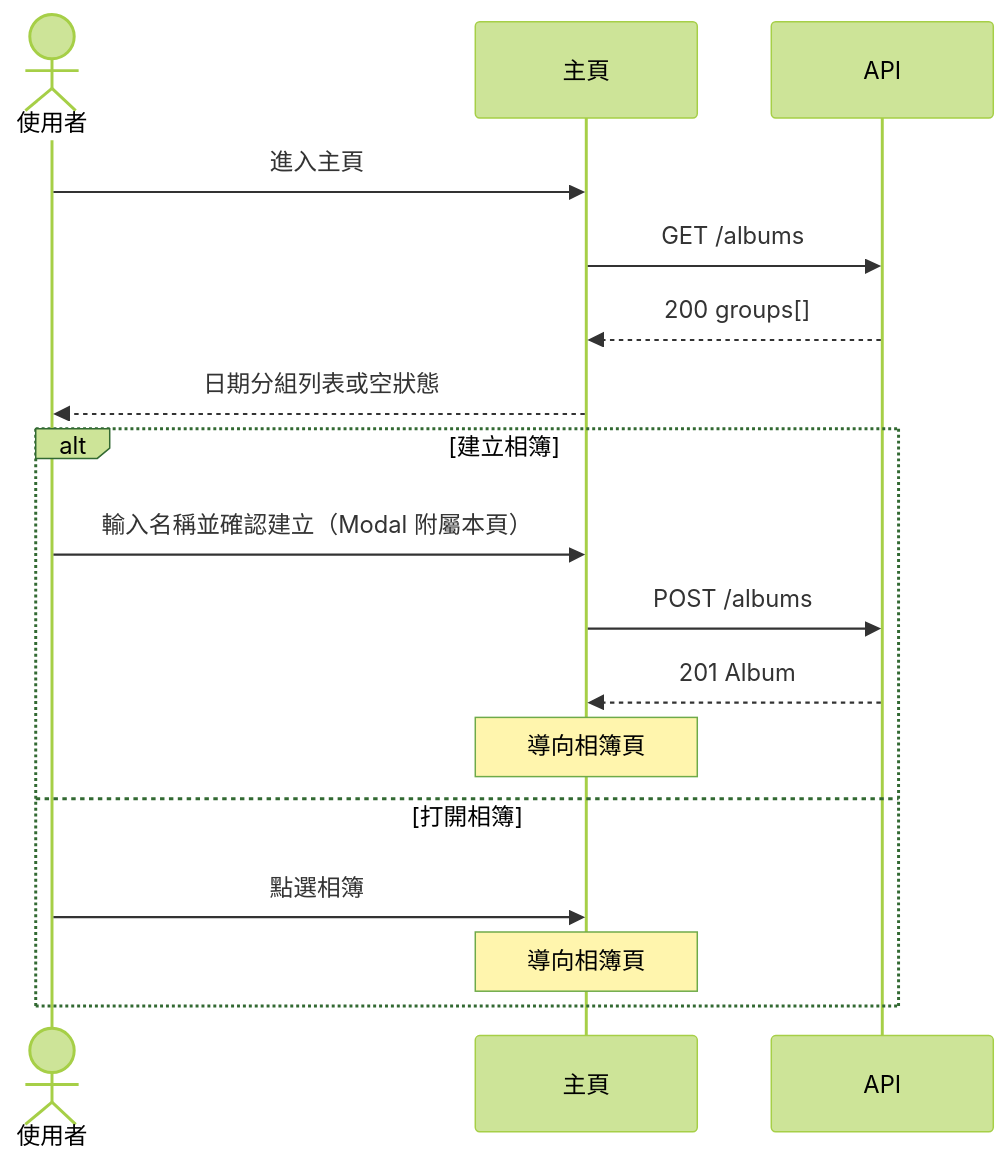
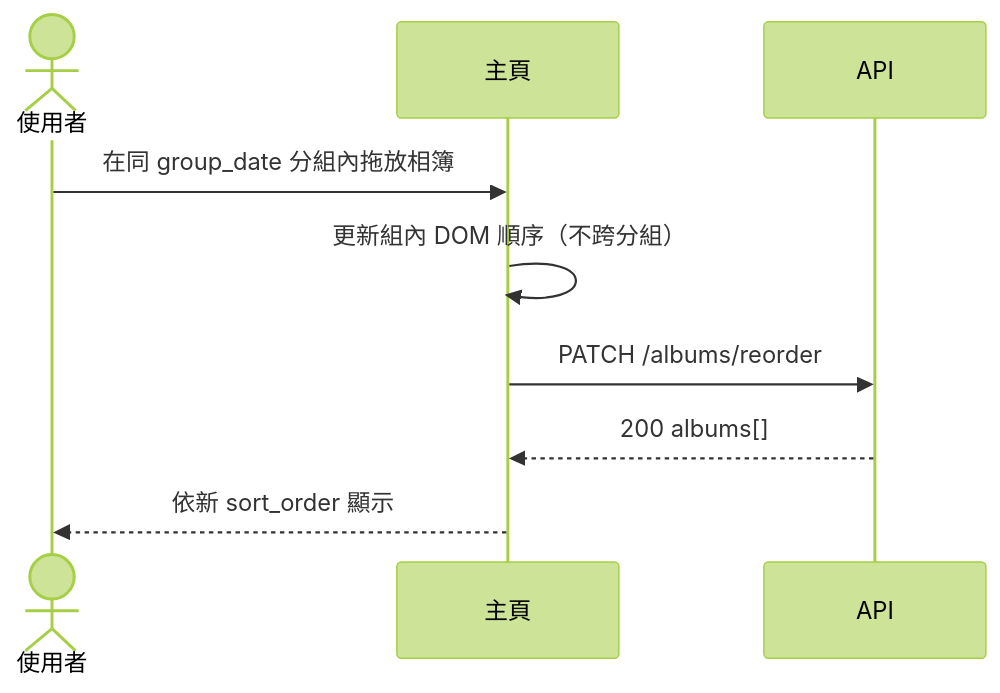
Before and after one commit to Waterball-Limited-Company/Jochu-lv1-training-course: the third of 9 diagrams in .agents/skills/ui-plan/templates/ui-plan.example.md, drawn with Mermaid (forest theme). The commit also changed other lines of this file and 84 other files, not shown here.

````diff
--- a/.agents/skills/ui-plan/templates/ui-plan.example.md
+++ b/.agents/skills/ui-plan/templates/ui-plan.example.md
@@ -78,21 +89,12 @@
 ```mermaid
 sequenceDiagram
     actor U as 使用者
     participant Home as 主頁
     participant API as API
 
-    U->>Home: 進入主頁
-    Home->>API: GET /albums
-    API-->>Home: 200 groups[]
-    Home-->>U: 日期分組列表或空狀態
-
-    alt 建立相簿
-        U->>Home: 輸入名稱並確認建立（Modal 附屬本頁）
-        Home->>API: POST /albums
-        API-->>Home: 201 Album
-        Note over Home: 導向相簿頁
-    else 打開相簿
-        U->>Home: 點選相簿
-        Note over Home: 導向相簿頁
-    end
+    U->>Home: 在同 group_date 分組內拖放相簿
+    Home->>Home: 更新組內 DOM 順序（不跨分組）
+    Home->>API: PATCH /albums/reorder
+    API-->>Home: 200 albums[]
+    Home-->>U: 依新 sort_order 顯示
 ```
````
